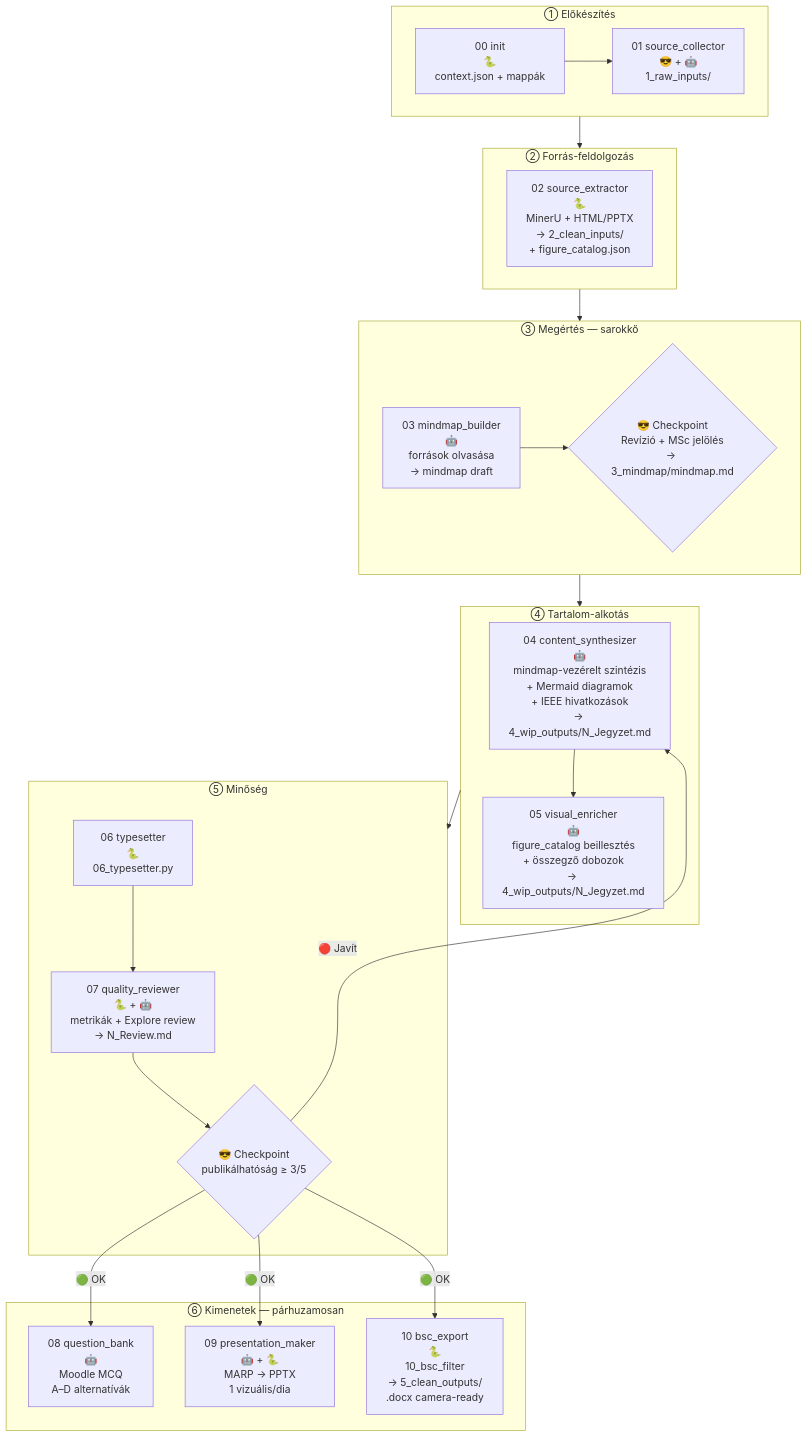
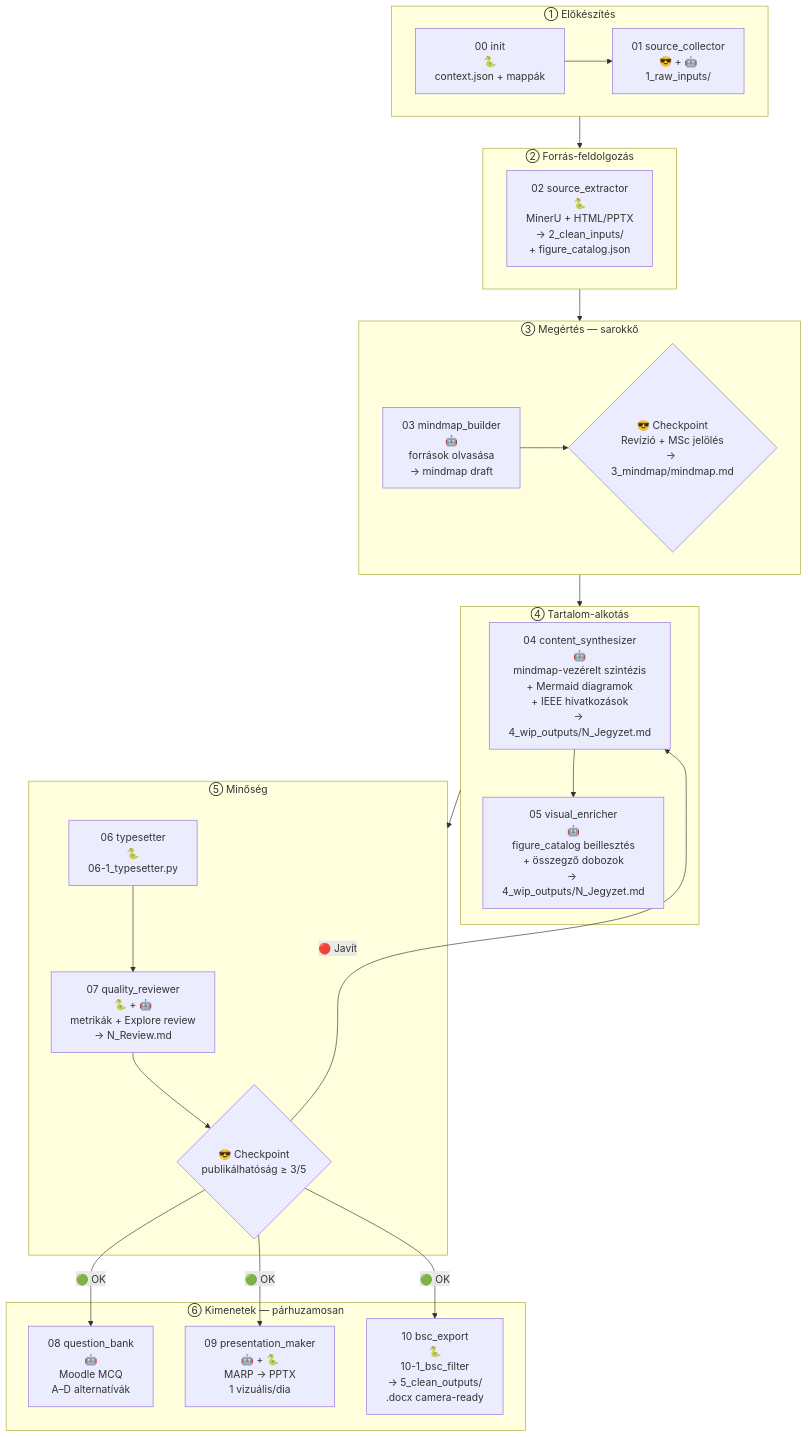
Before and after one commit to InutilemMachina/claude_course: the diagram in .claude/pipeline.md, drawn with Mermaid. The commit also changed other lines of this file and 17 other files, not shown here.

````diff
--- a/.claude/pipeline.md
+++ b/.claude/pipeline.md
@@ -45,41 +45,41 @@
 ```mermaid
 flowchart TD
     subgraph INIT["① Előkészítés"]
         I0["00 init\n🐍\ncontext.json + mappák"]
         I1["01 source_collector\n😎 + 🤖\n1_raw_inputs/"]
         I0 --> I1
     end
 
     subgraph EXT["② Forrás-feldolgozás"]
         E1["02 source_extractor\n🐍\nMinerU + HTML/PPTX\n→ 2_clean_inputs/\n+ figure_catalog.json"]
     end
 
     subgraph UNDERSTAND["③ Megértés — sarokkő"]
         U1["03 mindmap_builder\n🤖\nforrások olvasása\n→ mindmap draft"]
         U2{"😎 Checkpoint\nRevízió + MSc jelölés\n→ 3_mindmap/mindmap.md"}
         U1 --> U2
     end
 
     subgraph CREATE["④ Tartalom-alkotás"]
         C1["04 content_synthesizer\n🤖\nmindmap-vezérelt szintézis\n+ Mermaid diagramok\n+ IEEE hivatkozások\n→ 4_wip_outputs/N_Jegyzet.md"]
         C2["05 visual_enricher\n🤖\nfigure_catalog beillesztés\n+ összegző dobozok\n→ 4_wip_outputs/N_Jegyzet.md"]
         C1 --> C2
     end
 
     subgraph QUALITY["⑤ Minőség"]
-        Q1["06 typesetter\n🐍\n06_typesetter.py"]
+        Q1["06 typesetter\n🐍\n06-1_typesetter.py"]
         Q2["07 quality_reviewer\n🐍 + 🤖\nmetrikák + Explore review\n→ N_Review.md"]
         Q3{"😎 Checkpoint\npublikálhatóság ≥ 3/5"}
         Q1 --> Q2 --> Q3
     end
 
     subgraph OUTPUT["⑥ Kimenetek — párhuzamosan"]
         O1["08 question_bank\n🤖\nMoodle MCQ\nA–D alternatívák"]
         O2["09 presentation_maker\n🤖 + 🐍\nMARP → PPTX\n1 vizuális/dia"]
-        O3["10 bsc_export\n🐍\n10_bsc_filter\n→ 5_clean_outputs/\n.docx camera-ready"]
+        O3["10 bsc_export\n🐍\n10-1_bsc_filter\n→ 5_clean_outputs/\n.docx camera-ready"]
     end
 
     INIT --> EXT --> UNDERSTAND --> CREATE --> QUALITY
     Q3 -->|"🟢 OK"| O1 & O2 & O3
     Q3 -->|"🔴 Javít"| C1
 ```
````
